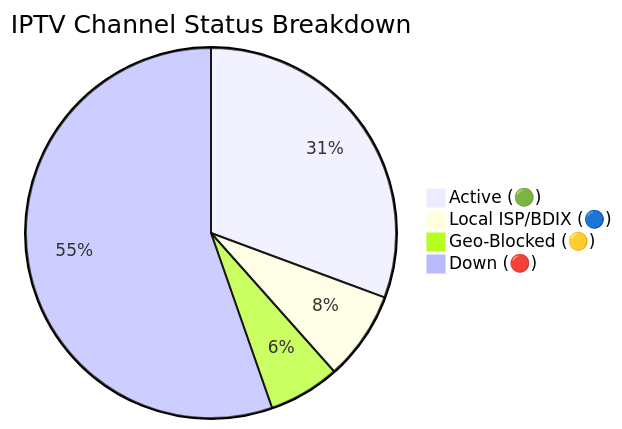
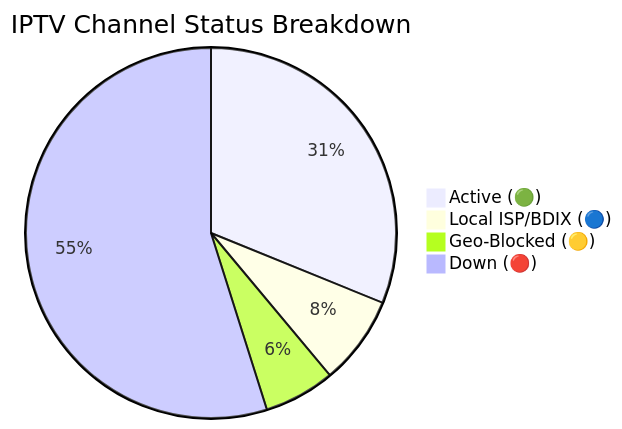
The diagram in README.md (Zaman-Topu/Ip-tv-Collection), drawn with Mermaid before and after one commit. The commit also changed other lines of this file and 6 other files, not shown here.

````diff
--- a/README.md
+++ b/README.md
@@ -95,7 +95,7 @@
 ```mermaid
 pie title IPTV Channel Status Breakdown
-    "Active (🟢)" : 10430
+    "Active (🟢)" : 10598
     "Local ISP/BDIX (🔵)" : 2646
-    "Geo-Blocked (🟡)" : 2116
-    "Down (🔴)" : 18829
+    "Geo-Blocked (🟡)" : 2109
+    "Down (🔴)" : 18673
 ```
````
